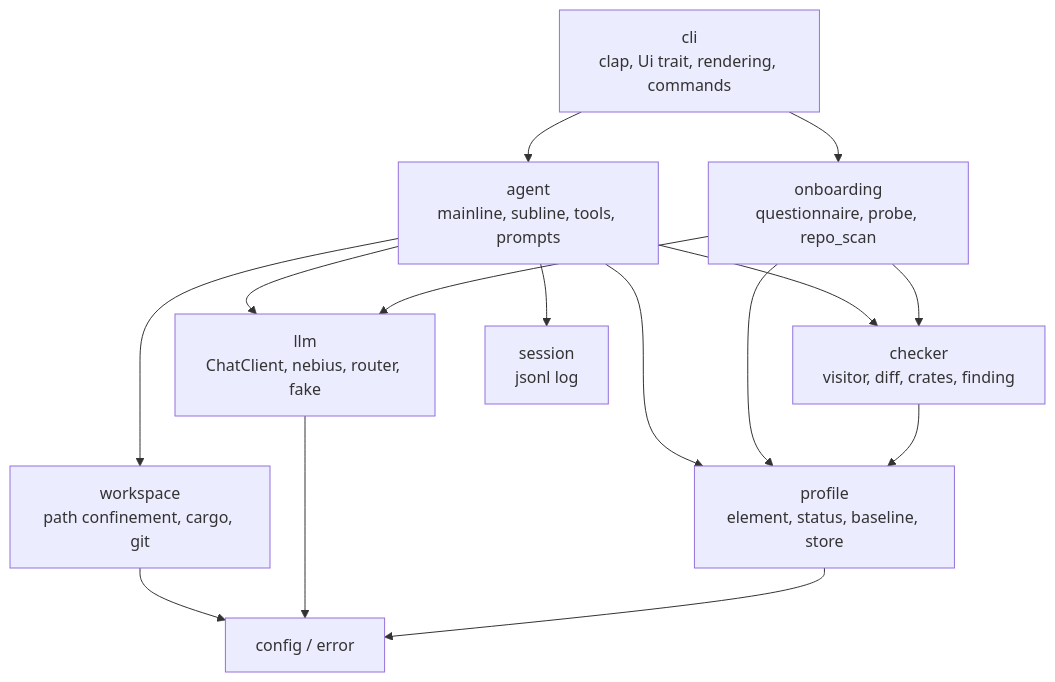
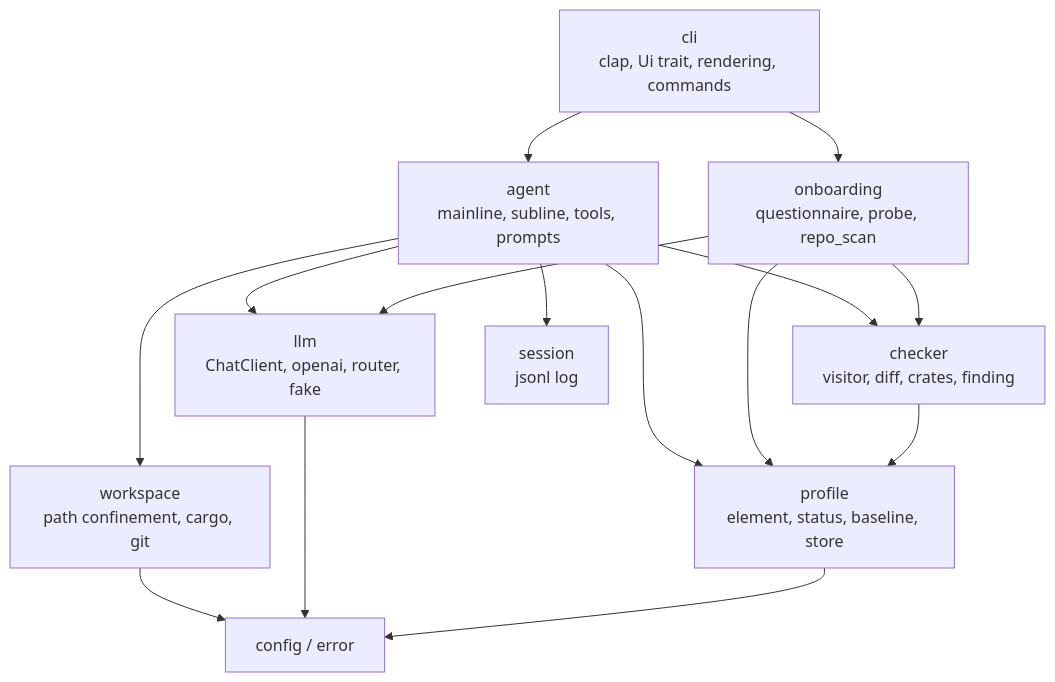
One commit to sumiredc/molt changed the seventh of 9 diagrams in PRD.md. Above: the diagram before and after it, drawn with Mermaid. The commit also changed other lines of this file and 1 other file, not shown here.

First line of the commit message:
PRD の LLM の前提を、OpenAI 互換の任意のエンドポイントに広げる

````diff
--- a/PRD.md
+++ b/PRD.md
@@ -309,17 +309,17 @@
 ```mermaid
 flowchart TB
   cli["cli<br/>clap, Ui trait, rendering, commands"] --> agent["agent<br/>mainline, subline, tools, prompts"]
   cli --> onboarding["onboarding<br/>questionnaire, probe, repo_scan"]
   agent --> workspace["workspace<br/>path confinement, cargo, git"]
   agent --> checker["checker<br/>visitor, diff, crates, finding"]
-  agent --> llm["llm<br/>ChatClient, nebius, router, fake"]
+  agent --> llm["llm<br/>ChatClient, openai, router, fake"]
   agent --> profile["profile<br/>element, status, baseline, store"]
   agent --> session["session<br/>jsonl log"]
   onboarding --> checker
   onboarding --> llm
   onboarding --> profile
   checker --> profile
   workspace --> config["config / error"]
   llm --> config
   profile --> config
 ```
````
